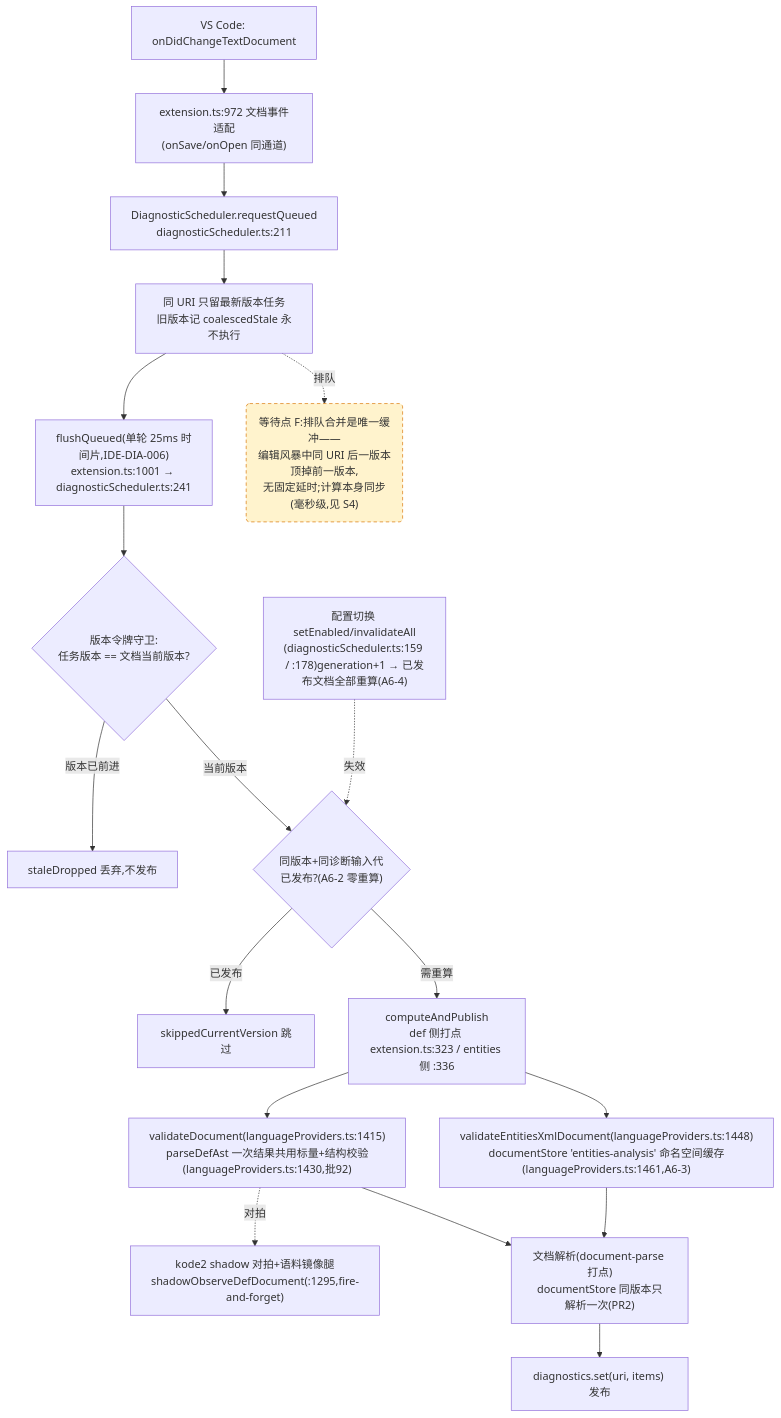
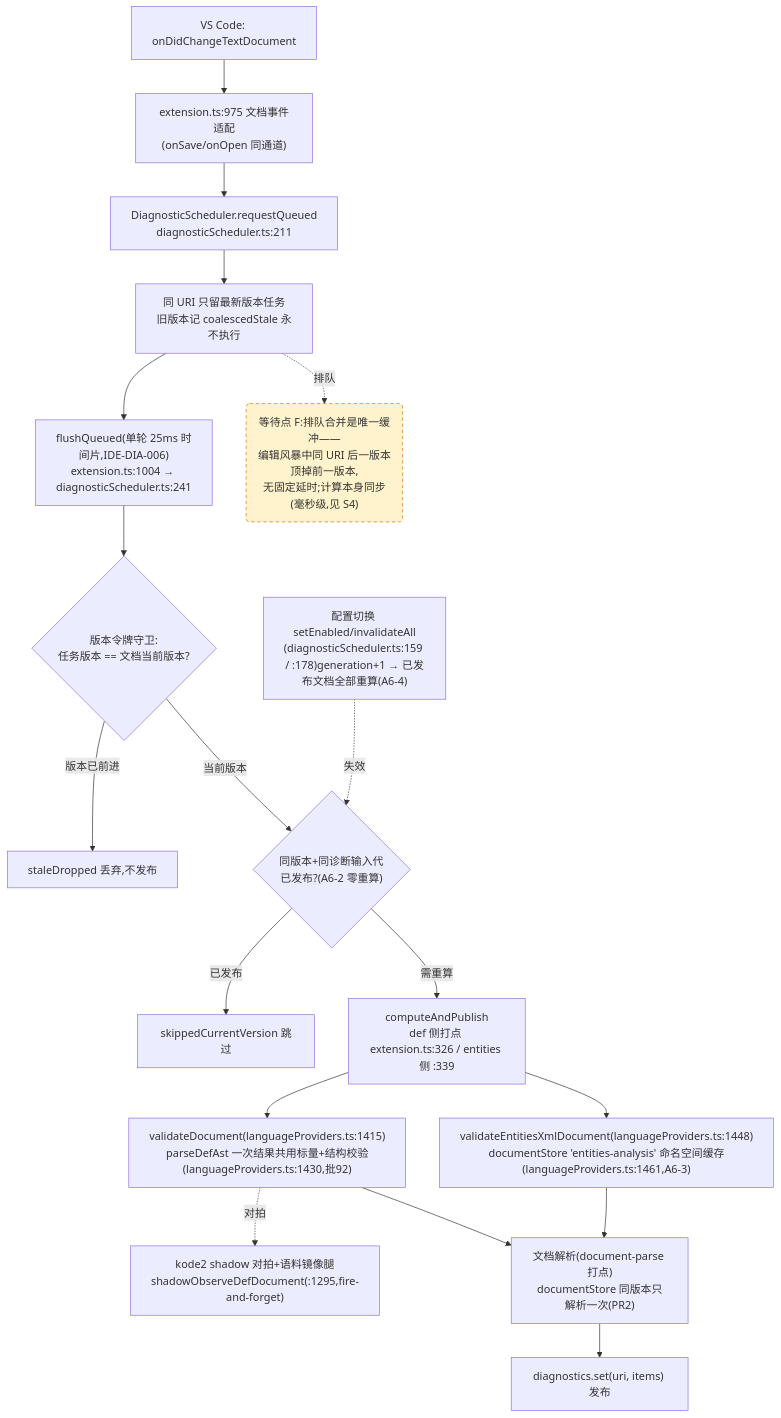
The fourth of 4 diagrams in docs/perf/2026-baseline.md (cuihairu/kode), drawn with Mermaid before and after one commit. The commit also changed other lines of this file and 4 other files, not shown here.

````diff
--- a/docs/perf/2026-baseline.md
+++ b/docs/perf/2026-baseline.md
@@ -214,38 +214,38 @@
 ```mermaid
 flowchart TD
   CHG["VS Code: onDidChangeTextDocument"]
-  WATCH["extension.ts:972 文档事件适配<br/>(onSave/onOpen 同通道)"]
+  WATCH["extension.ts:975 文档事件适配<br/>(onSave/onOpen 同通道)"]
   RQ["DiagnosticScheduler.requestQueued<br/>diagnosticScheduler.ts:211"]
   CO["同 URI 只留最新版本任务<br/>旧版本记 coalescedStale 永不执行"]
-  FL["flushQueued(单轮 25ms 时间片,IDE-DIA-006)<br/>extension.ts:1001 → diagnosticScheduler.ts:241"]
+  FL["flushQueued(单轮 25ms 时间片,IDE-DIA-006)<br/>extension.ts:1004 → diagnosticScheduler.ts:241"]
   VG{"版本令牌守卫:<br/>任务版本 == 文档当前版本?"}
   DROP["staleDropped 丢弃,不发布"]
   GEN{"同版本+同诊断输入代<br/>已发布?(A6-2 零重算)"}
   SKIP["skippedCurrentVersion 跳过"]
-  CALC["computeAndPublish<br/>def 侧打点 extension.ts:323 / entities 侧 :336"]
+  CALC["computeAndPublish<br/>def 侧打点 extension.ts:326 / entities 侧 :339"]
   VD["validateDocument(languageProviders.ts:1415)<br/>parseDefAst 一次结果共用标量+结构校验(languageProviders.ts:1430,批92)"]
   VEX["validateEntitiesXmlDocument(languageProviders.ts:1448)<br/>documentStore 'entities-analysis' 命名空间缓存(languageProviders.ts:1461,A6-3)"]
   SHDD["kode2 shadow 对拍+语料镜像腿<br/>shadowObserveDefDocument(:1295,fire-and-forget)"]
   DS["文档解析(document-parse 打点)<br/>documentStore 同版本只解析一次(PR2)"]
   PUB["diagnostics.set(uri, items) 发布"]
   CFG2["配置切换 setEnabled/invalidateAll<br/>(diagnosticScheduler.ts:159 / :178)generation+1 → 已发布文档全部重算(A6-4)"]
 
   CHG --> WATCH --> RQ --> CO --> FL --> VG
   VG -- "版本已前进" --> DROP
   VG -- "当前版本" --> GEN
   GEN -- "已发布" --> SKIP
   GEN -- "需重算" --> CALC
   CALC --> VD
   CALC --> VEX
   VD --> DS
   VEX --> DS
   DS --> PUB
   VD -.->|对拍| SHDD
   CFG2 -.->|失效| GEN
 
   WAITF("等待点 F:排队合并是唯一缓冲——<br/>编辑风暴中同 URI 后一版本顶掉前一版本,<br/>无固定延时;计算本身同步(毫秒级,见 S4)")
   CO -.->|排队| WAITF
 
   classDef waitPoint fill:#fff3cd,stroke:#d97706,stroke-dasharray:5 4;
   class WAITF waitPoint;
 ```
````
